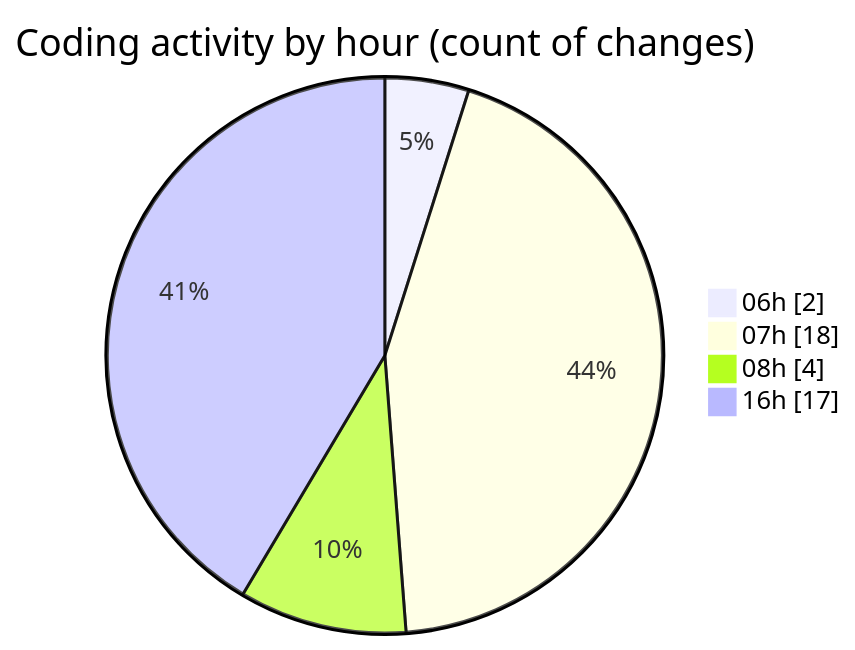
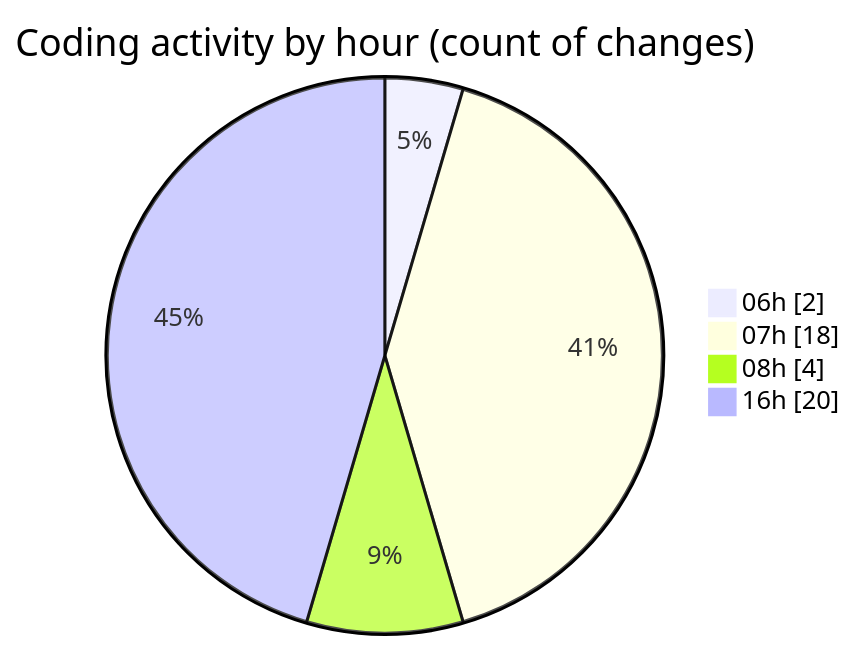
One commit to robertbonfada/code-tracking changed the second of 2 diagrams in 2025-01-27/termonied-web/README.md. Above: the diagram before and after it, drawn with Mermaid. The commit also changed other lines of this file and 1 other file, not shown here.

````diff
--- a/2025-01-27/termonied-web/README.md
+++ b/2025-01-27/termonied-web/README.md
@@ -34,8 +34,8 @@
 ```mermaid
 pie showData
 title Coding activity by hour (count of changes)
 "06h" : 2
 "07h" : 18
 "08h" : 4
-"16h" : 17
+"16h" : 20
 ```
````
